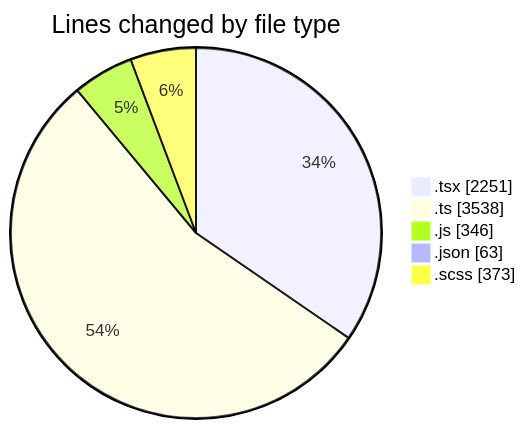
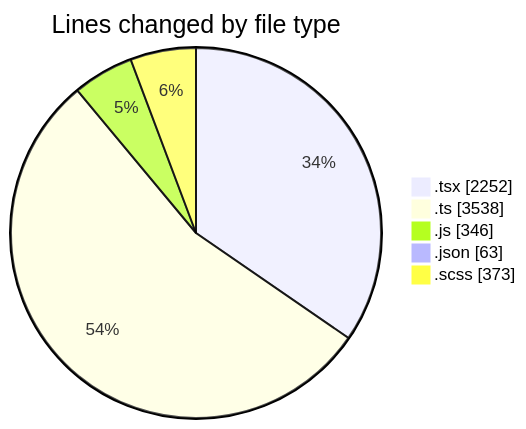
The first of 2 diagrams in 2025-12-01/cda/README.md (momahboobian/code-tracking), drawn with Mermaid before and after one commit. The commit also changed other lines of this file and 1 other file, not shown here.

````diff
--- a/2025-12-01/cda/README.md
+++ b/2025-12-01/cda/README.md
@@ -33,9 +33,9 @@
 ```mermaid
 pie showData
 title Lines changed by file type
-".tsx" : 2251
+".tsx" : 2252
 ".ts" : 3538
 ".js" : 346
 ".json" : 63
 ".scss" : 373
 ```
````
